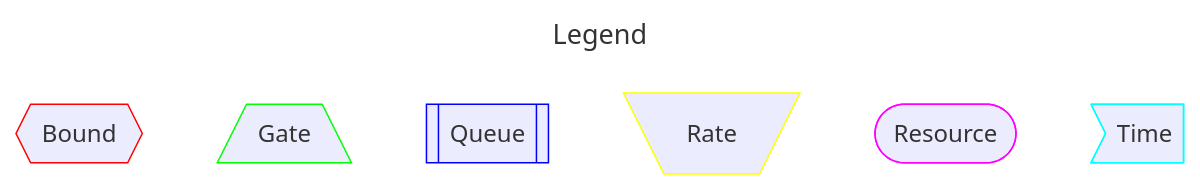
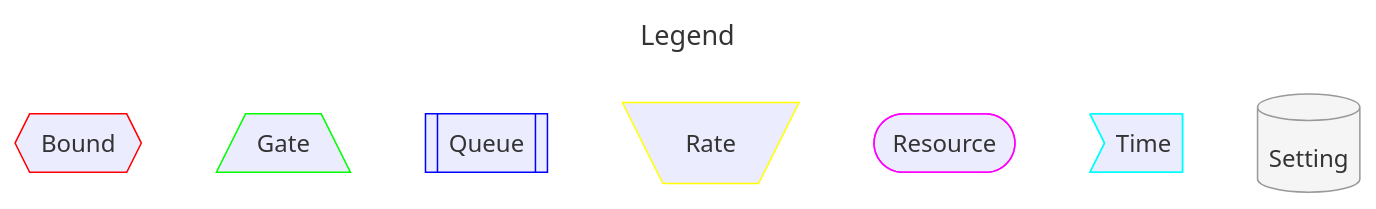
The first of 2 diagrams in pkg/settings/cresettings/README.md (smartcontractkit/chainlink-common), drawn with Mermaid before and after one commit. The commit also changed other lines of this file, not shown here.

Commit message:
introduce new label setting

````diff
--- a/pkg/settings/cresettings/README.md
+++ b/pkg/settings/cresettings/README.md
@@ -3,26 +3,29 @@
 ```mermaid
 ---
 title: Legend
 ---
 flowchart
     bound{{Bound}}
     gate[/Gate\]
     queue[[Queue]]
     rate[\Rate/]
     resource([Resource])
     time>Time]
+    setting[(Setting)]
     
     bound:::bound
     gate:::gate
     queue:::queue
     rate:::rate
     resource:::resource
     time:::time
+    setting:::setting
 
     classDef bound stroke:#f00
     classDef gate stroke:#0f0
     classDef queue stroke:#00f
     classDef rate stroke:#ff0
     classDef resource stroke:#f0f
     classDef time stroke:#0ff
+    classDef setting stroke:#999,fill:#f5f5f5
 ```
````
